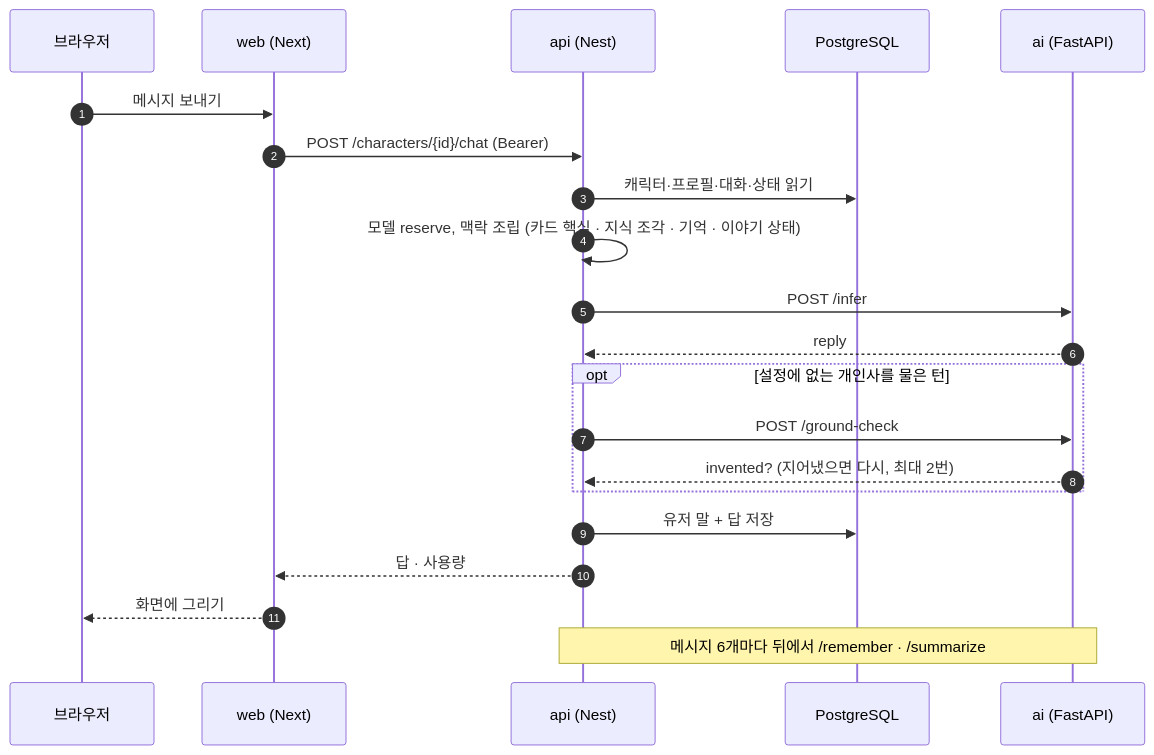
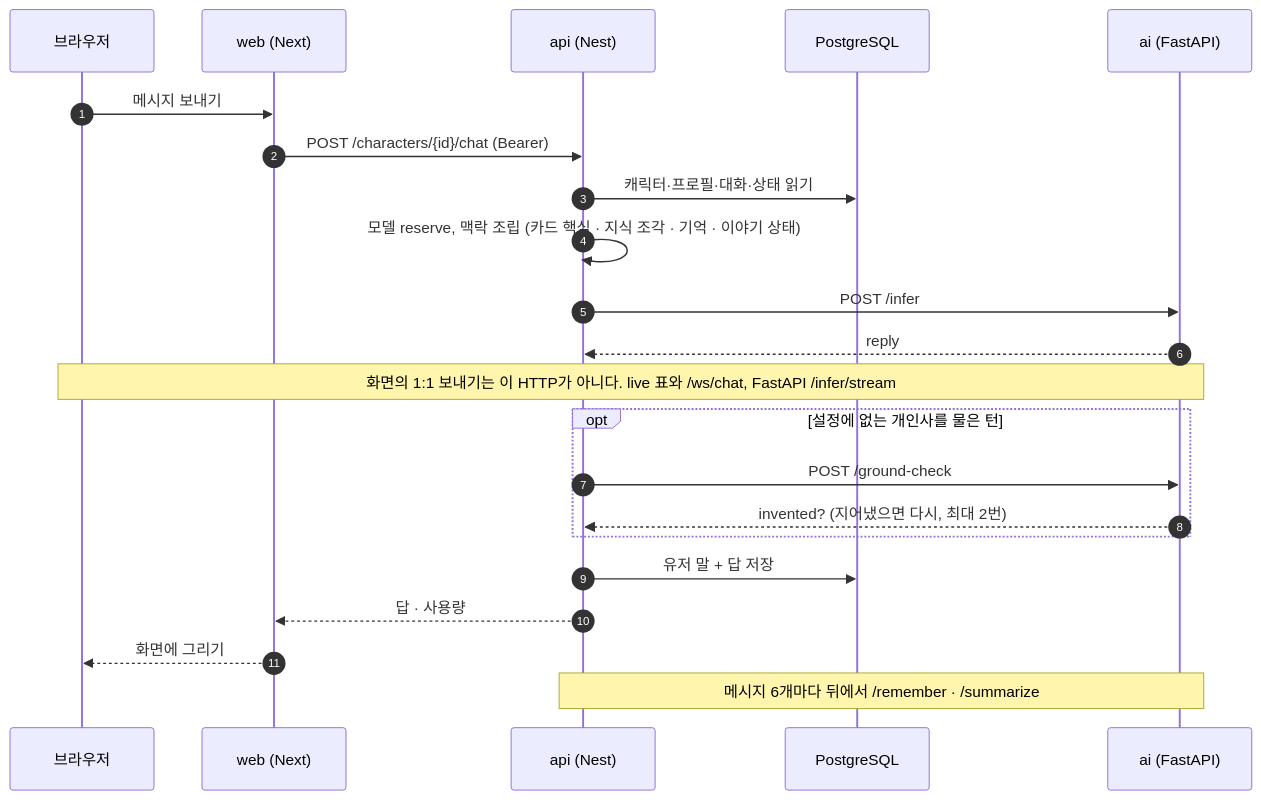
Before and after one commit to samam0234/CodiComperChat: the first of 5 diagrams in docs/Architecture/data-flow.md, drawn with Mermaid. The commit also changed other lines of this file and 36 other files, not shown here.

````diff
--- a/docs/Architecture/data-flow.md
+++ b/docs/Architecture/data-flow.md
@@ -34,23 +34,24 @@
 ```mermaid
 sequenceDiagram
   autonumber
   participant B as 브라우저
   participant W as web (Next)
   participant N as api (Nest)
   participant D as PostgreSQL
   participant A as ai (FastAPI)
   B->>W: 메시지 보내기
   W->>N: POST /characters/{id}/chat (Bearer)
   N->>D: 캐릭터·프로필·대화·상태 읽기
   N->>N: 모델 reserve, 맥락 조립 (카드 핵심 · 지식 조각 · 기억 · 이야기 상태)
   N->>A: POST /infer
   A-->>N: reply
+  Note over B,A: 화면의 1:1 보내기는 이 HTTP가 아니다. live 표와 /ws/chat, FastAPI /infer/stream
   opt 설정에 없는 개인사를 물은 턴
     N->>A: POST /ground-check
     A-->>N: invented? (지어냈으면 다시, 최대 2번)
   end
   N->>D: 유저 말 + 답 저장
   N-->>W: 답 · 사용량
   W-->>B: 화면에 그리기
   Note over N,A: 메시지 6개마다 뒤에서 /remember · /summarize
 ```
````
